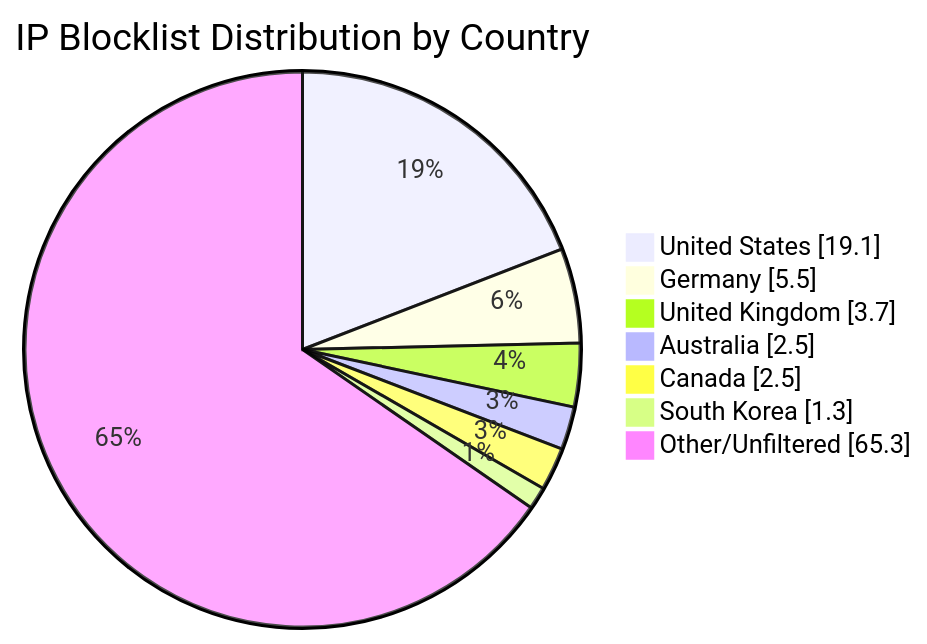
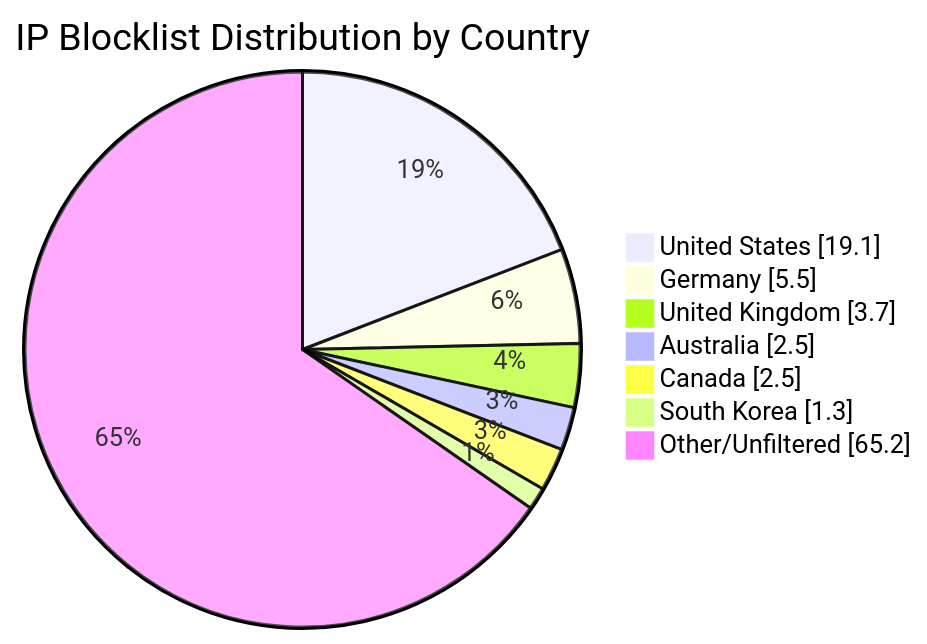
The diagram in README.md (MarcusHoltz/ipblocklist-geofiltered-aggregator), drawn with Mermaid before and after one commit. The commit also changed other lines of this file and 9 other files, not shown here.

````diff
--- a/README.md
+++ b/README.md
@@ -34,10 +34,10 @@
 ```mermaid
 pie showData title IP Blocklist Distribution by Country
 "United States" : 19.1
 "Germany" : 5.5
 "United Kingdom" : 3.7
 "Australia" : 2.5
 "Canada" : 2.5
 "South Korea" : 1.3
-"Other/Unfiltered" : 65.3
+"Other/Unfiltered" : 65.2
 ```
````
